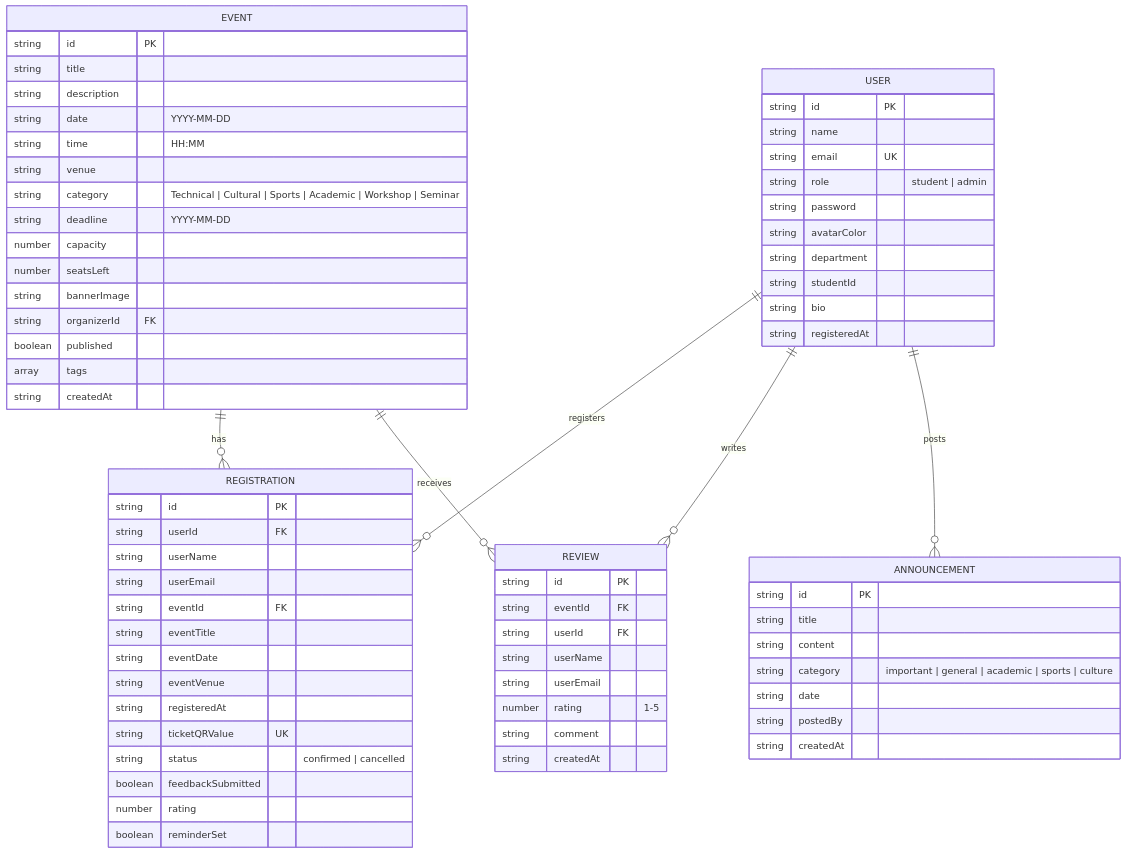
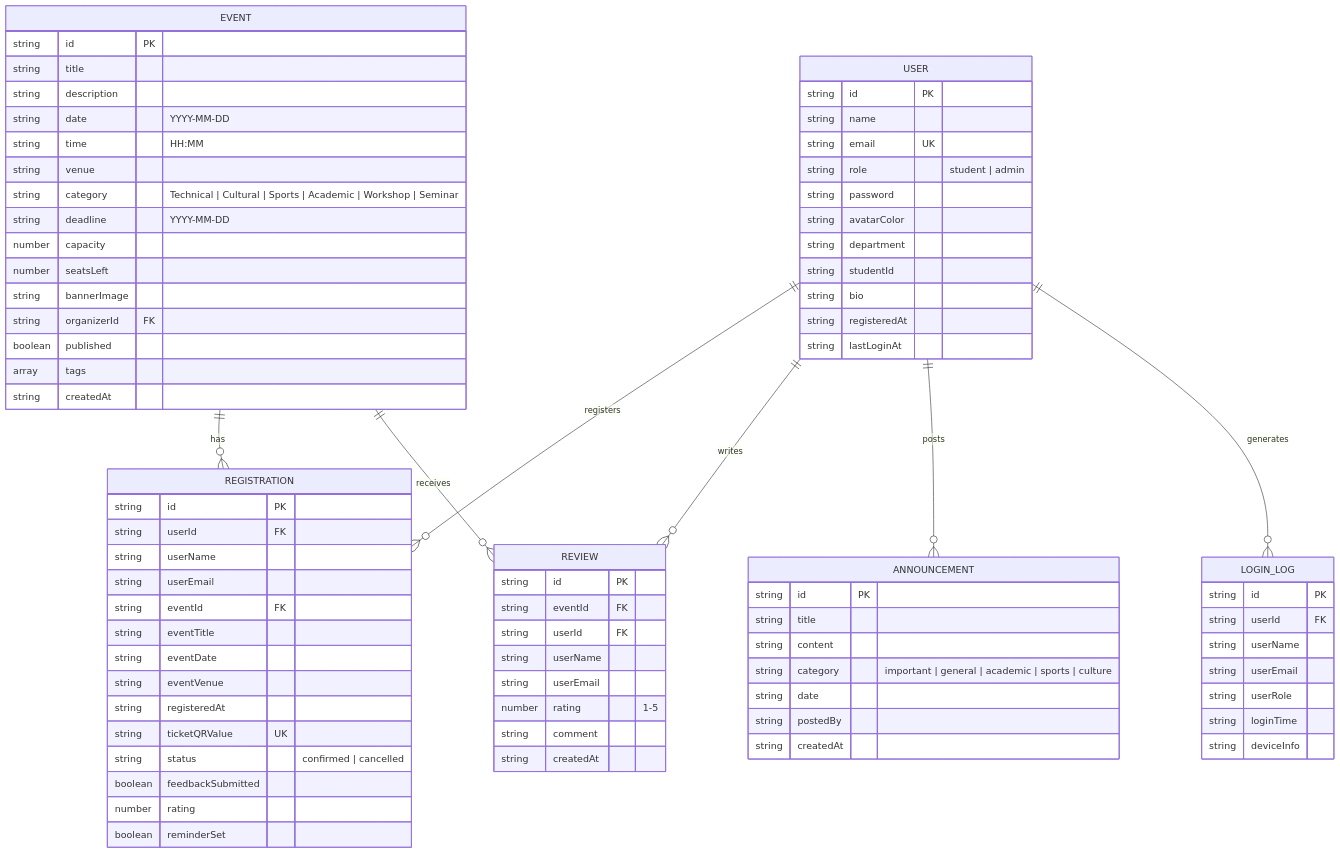
The diagram in README.md (Pranay-Sai-Nadh-2006/college-event-portal), drawn with Mermaid before and after one commit. The commit also changed other lines of this file, not shown here.

Commit message:
Update README.md with Cloud Database, Student Roster, Login Audit Logs, and Time-of-Day theme features

````diff
--- a/README.md
+++ b/README.md
@@ -133,6 +145,7 @@
     EVENT ||--o{ REVIEW : receives
     USER ||--o{ REVIEW : writes
     USER ||--o{ ANNOUNCEMENT : posts
+    USER ||--o{ LOGIN_LOG : generates
 
     USER {
         string id PK
@@ -145,6 +158,7 @@
         string studentId
         string bio
         string registeredAt
+        string lastLoginAt
     }
 
     EVENT {
@@ -202,4 +216,14 @@
         string comment
         string createdAt
     }
+
+    LOGIN_LOG {
+        string id PK
+        string userId FK
+        string userName
+        string userEmail
+        string userRole
+        string loginTime
+        string deviceInfo
+    }
 ```
````
